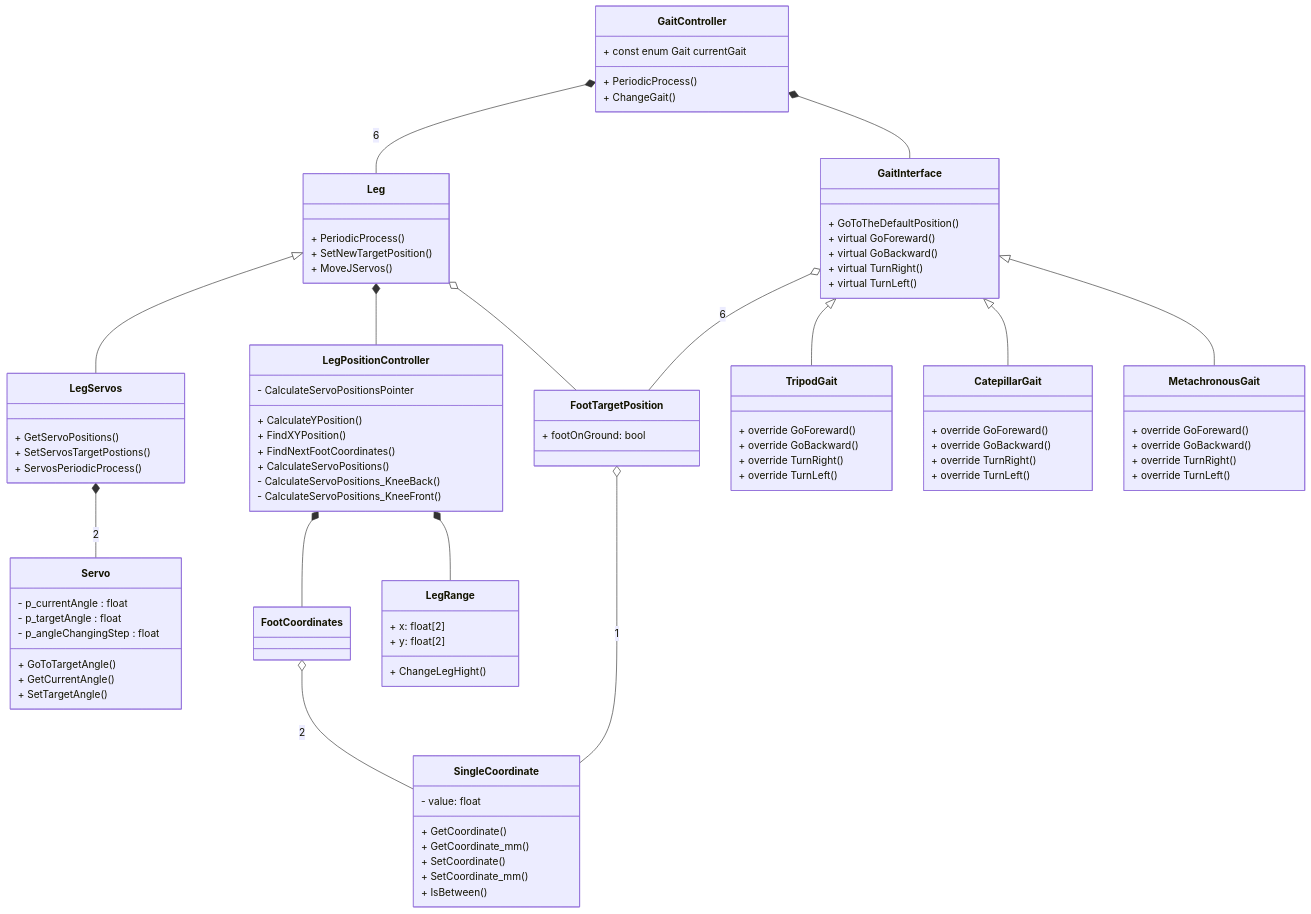
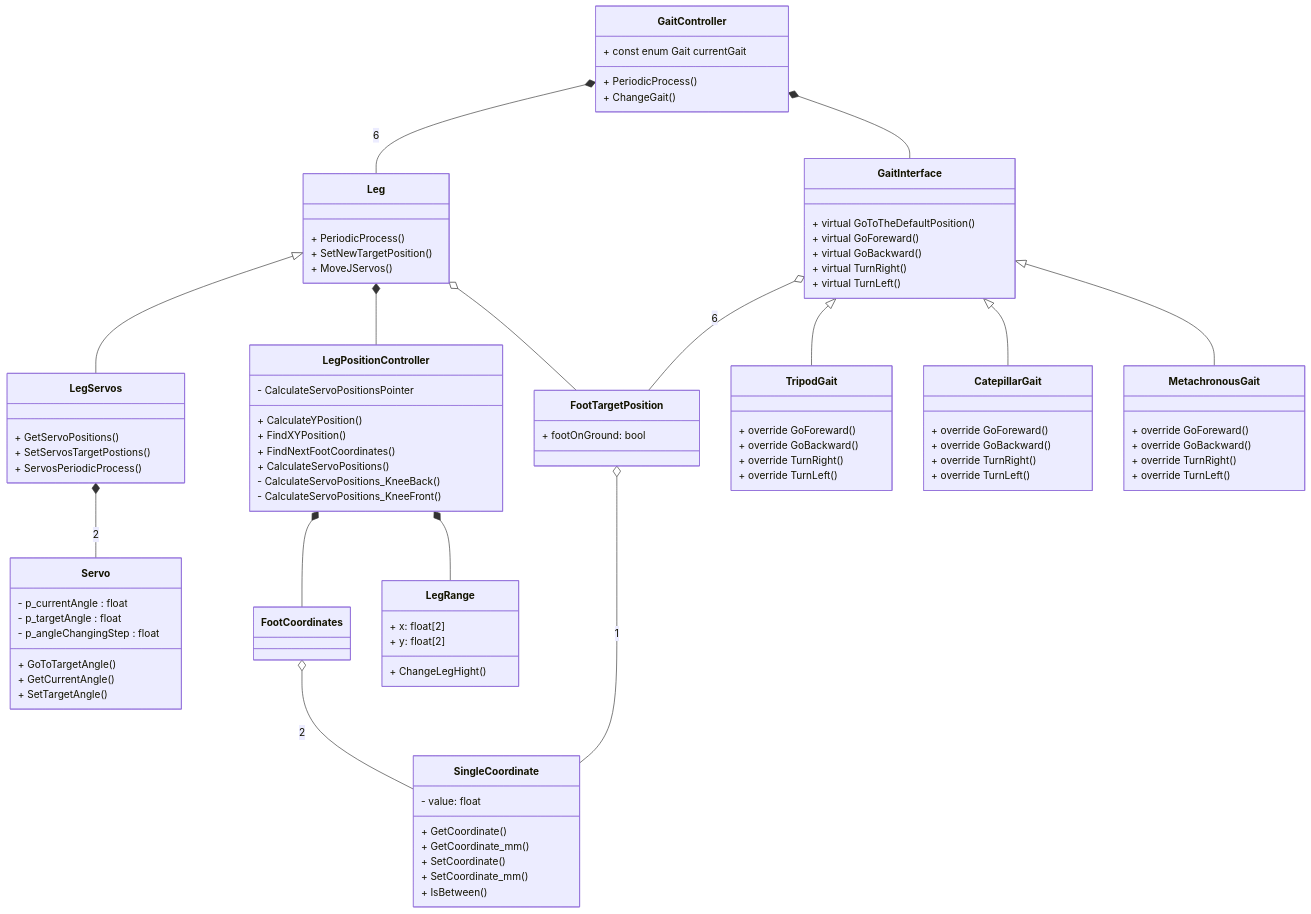
The first of 3 diagrams in README.md (putzio/Hexapod-2.0), drawn with Mermaid before and after one commit. The commit also changed other lines of this file, not shown here.

Commit message:
Robot Leg State Machine diagram

```diff
--- a/README.md
+++ b/README.md
@@ -81,7 +81,7 @@
     }
 
     class GaitInterface{
-        + GoToTheDefaultPosition()
+        + virtual GoToTheDefaultPosition()
         + virtual GoForeward()
         + virtual GoBackward()
         + virtual TurnRight()
```
